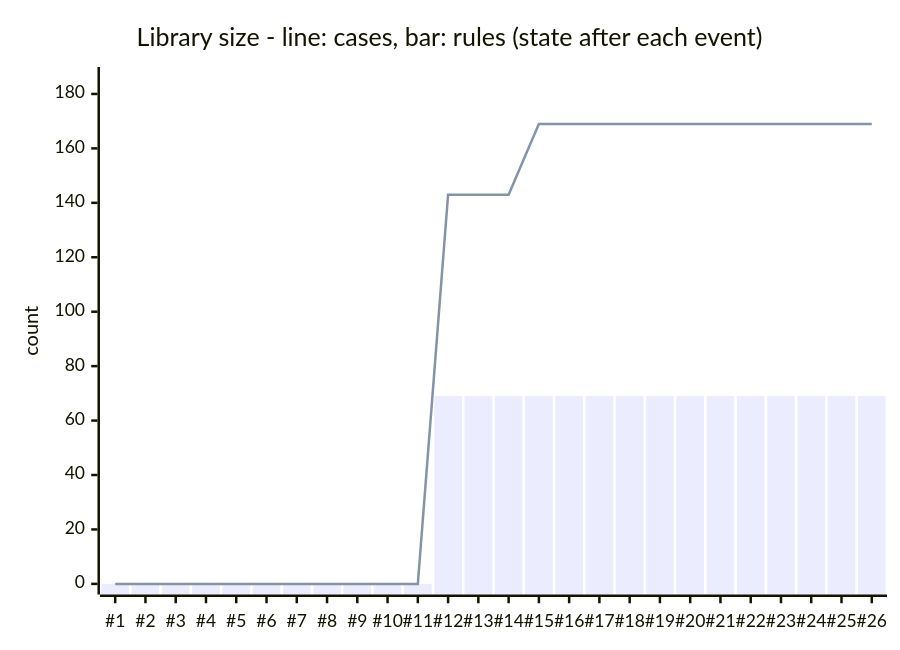
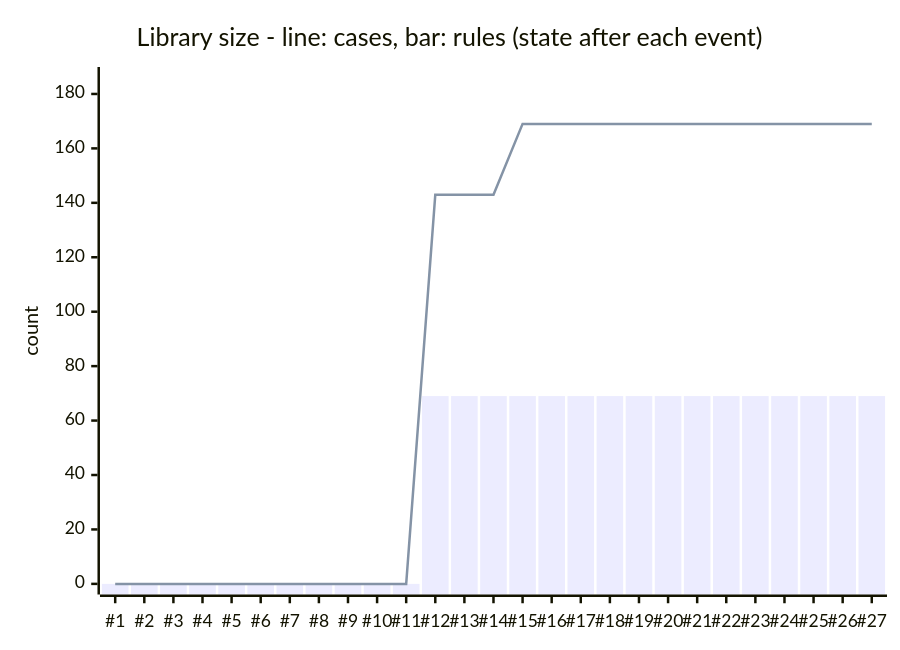
The fifth of 5 diagrams in apps/learning-architecture/docs/HANDBOOK.md (mahdighandi1989/Lifemanager), drawn with Mermaid before and after one commit. The commit also changed other lines of this file and 12 other files, not shown here.

````diff
--- a/apps/learning-architecture/docs/HANDBOOK.md
+++ b/apps/learning-architecture/docs/HANDBOOK.md
@@ -338,8 +339,8 @@
 ```mermaid
 xychart-beta
     title "Library size - line: cases, bar: rules (state after each event)"
-    x-axis ["#1", "#2", "#3", "#4", "#5", "#6", "#7", "#8", "#9", "#10", "#11", "#12", "#13", "#14", "#15", "#16", "#17", "#18", "#19", "#20", "#21", "#22", "#23", "#24", "#25", "#26"]
+    x-axis ["#1", "#2", "#3", "#4", "#5", "#6", "#7", "#8", "#9", "#10", "#11", "#12", "#13", "#14", "#15", "#16", "#17", "#18", "#19", "#20", "#21", "#22", "#23", "#24", "#25", "#26", "#27"]
     y-axis "count" 0 --> 186
-    bar [0, 0, 0, 0, 0, 0, 0, 0, 0, 0, 0, 69, 69, 69, 69, 69, 69, 69, 69, 69, 69, 69, 69, 69, 69, 69]
-    line [0, 0, 0, 0, 0, 0, 0, 0, 0, 0, 0, 143, 143, 143, 169, 169, 169, 169, 169, 169, 169, 169, 169, 169, 169, 169]
+    bar [0, 0, 0, 0, 0, 0, 0, 0, 0, 0, 0, 69, 69, 69, 69, 69, 69, 69, 69, 69, 69, 69, 69, 69, 69, 69, 69]
+    line [0, 0, 0, 0, 0, 0, 0, 0, 0, 0, 0, 143, 143, 143, 169, 169, 169, 169, 169, 169, 169, 169, 169, 169, 169, 169, 169]
 ```
````
